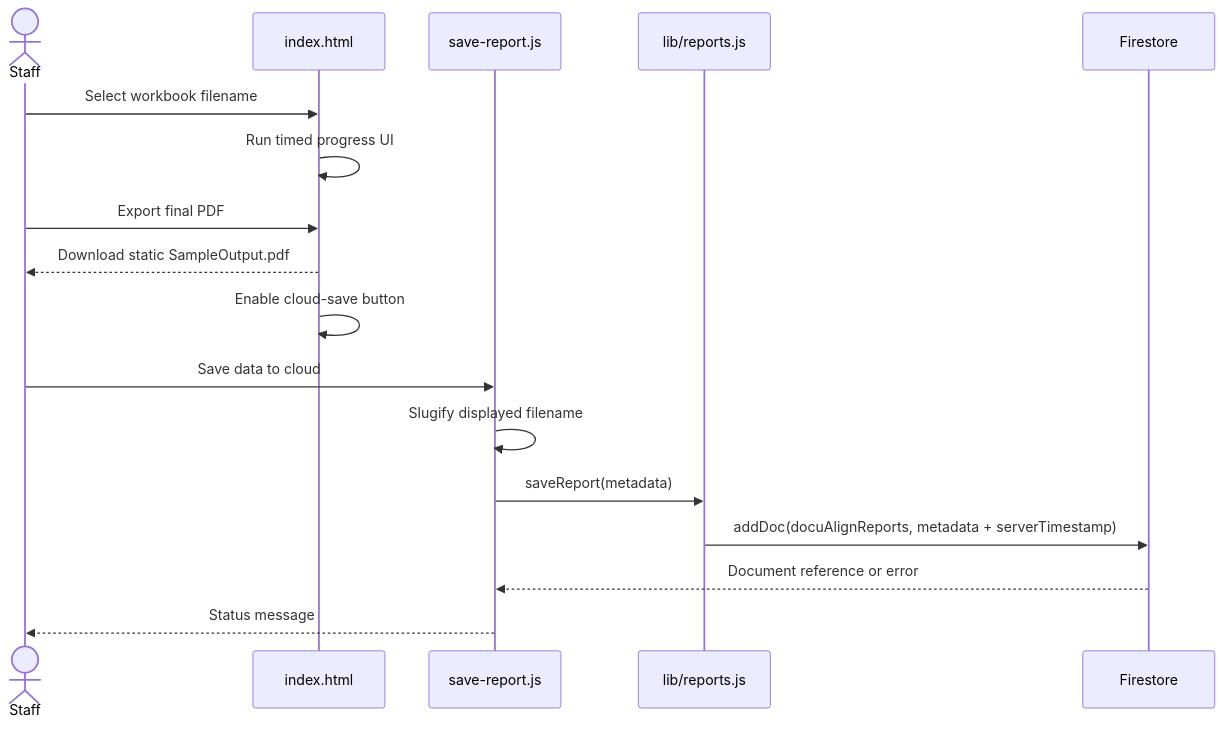
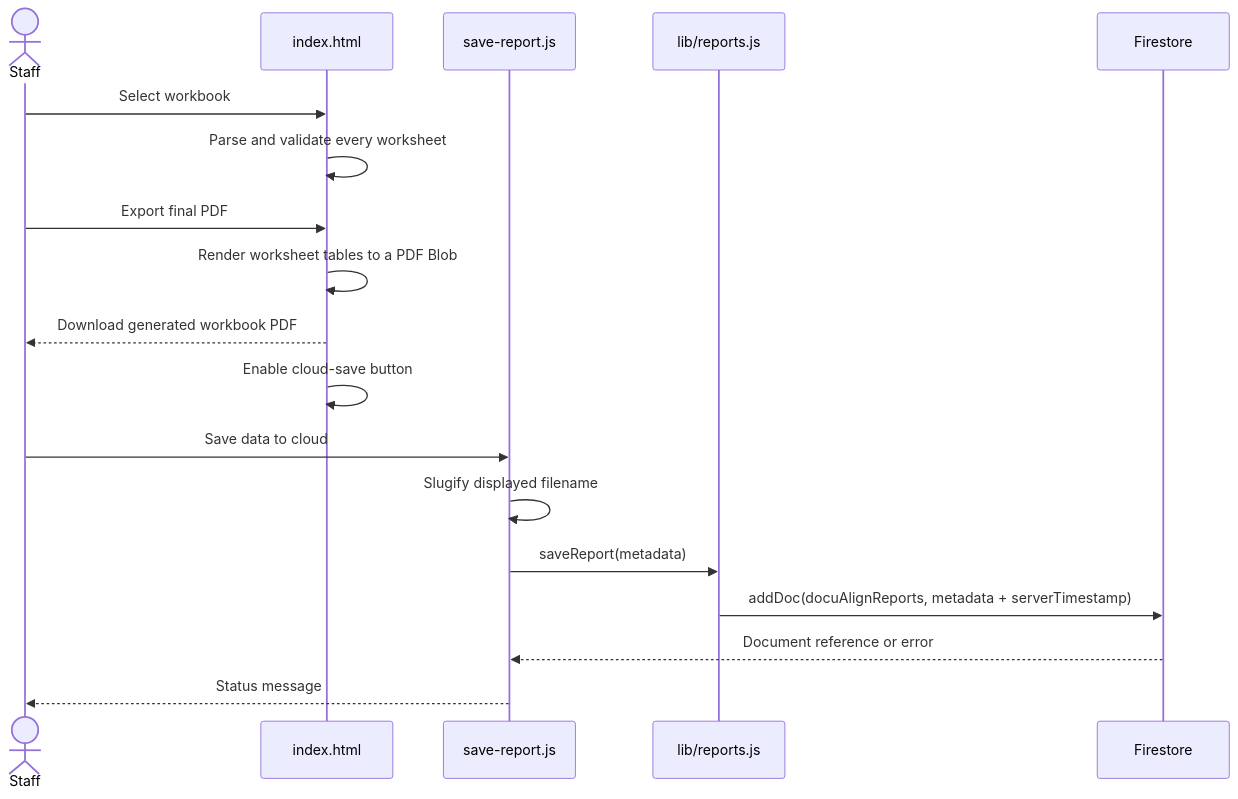
Before and after one commit to Yanguangchen/DocuAlign: the third of 6 diagrams in documentation/project-guide.md, drawn with Mermaid. The commit also changed other lines of this file and 1 other file, not shown here.

Commit message:
docs: describe generated all-tab PDF workflow

````diff
--- a/documentation/project-guide.md
+++ b/documentation/project-guide.md
@@ -157,20 +172,21 @@
 ```mermaid
 sequenceDiagram
     actor Staff
     participant Page as index.html
     participant Save as save-report.js
     participant Reports as lib/reports.js
     participant DB as Firestore
 
-    Staff->>Page: Select workbook filename
-    Page->>Page: Run timed progress UI
+    Staff->>Page: Select workbook
+    Page->>Page: Parse and validate every worksheet
     Staff->>Page: Export final PDF
-    Page-->>Staff: Download static SampleOutput.pdf
+    Page->>Page: Render worksheet tables to a PDF Blob
+    Page-->>Staff: Download generated workbook PDF
     Page->>Page: Enable cloud-save button
     Staff->>Save: Save data to cloud
     Save->>Save: Slugify displayed filename
     Save->>Reports: saveReport(metadata)
     Reports->>DB: addDoc(docuAlignReports, metadata + serverTimestamp)
     DB-->>Save: Document reference or error
     Save-->>Staff: Status message
 ```
````
